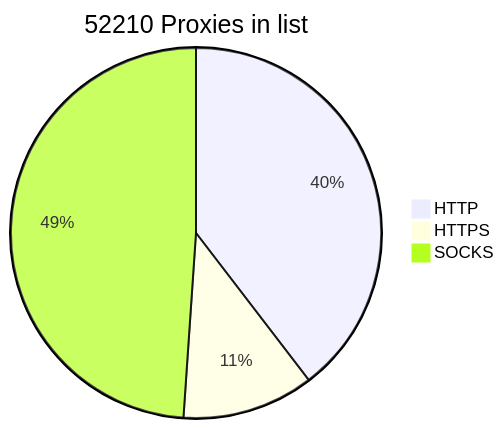
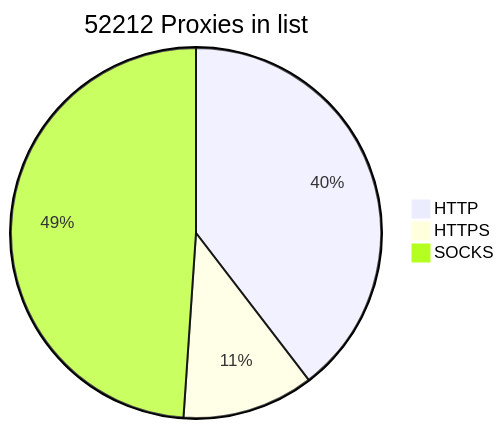
The diagram in README.md (BlackSnowDot/proxylist-update-every-minute), drawn with Mermaid before and after one commit.

````diff
--- a/README.md
+++ b/README.md
@@ -2,6 +2,6 @@
 ```mermaid
-pie title 52210 Proxies in list
+pie title 52212 Proxies in list
     "HTTP" : 23011
     "HTTPS": 6683
-    "SOCKS" : 28437
+    "SOCKS" : 28439
 ```
````
